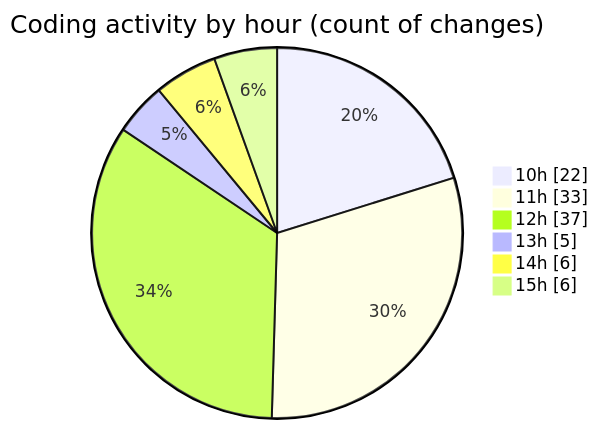
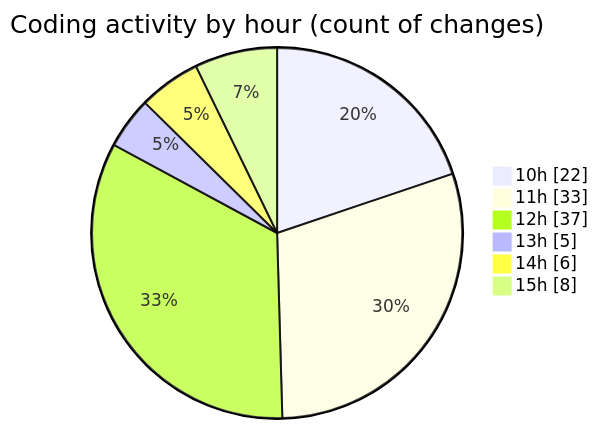
One commit to momahboobian/code-tracking changed the second of 2 diagrams in 2026-02-25/cda/README.md. Above: the diagram before and after it, drawn with Mermaid. The commit also changed other lines of this file and 1 other file, not shown here.

````diff
--- a/2026-02-25/cda/README.md
+++ b/2026-02-25/cda/README.md
@@ -42,10 +42,10 @@
 ```mermaid
 pie showData
 title Coding activity by hour (count of changes)
 "10h" : 22
 "11h" : 33
 "12h" : 37
 "13h" : 5
 "14h" : 6
-"15h" : 6
+"15h" : 8
 ```
````
